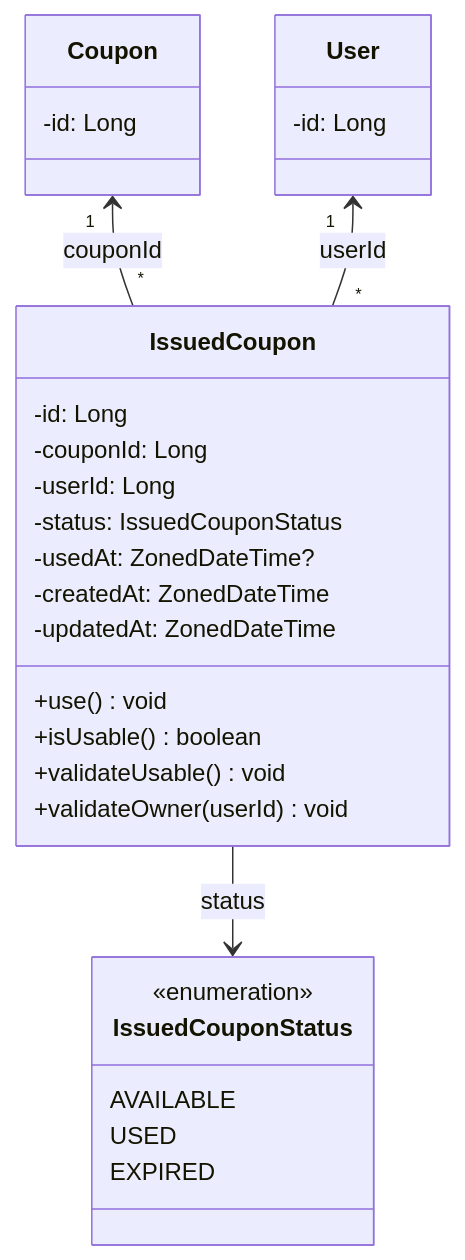
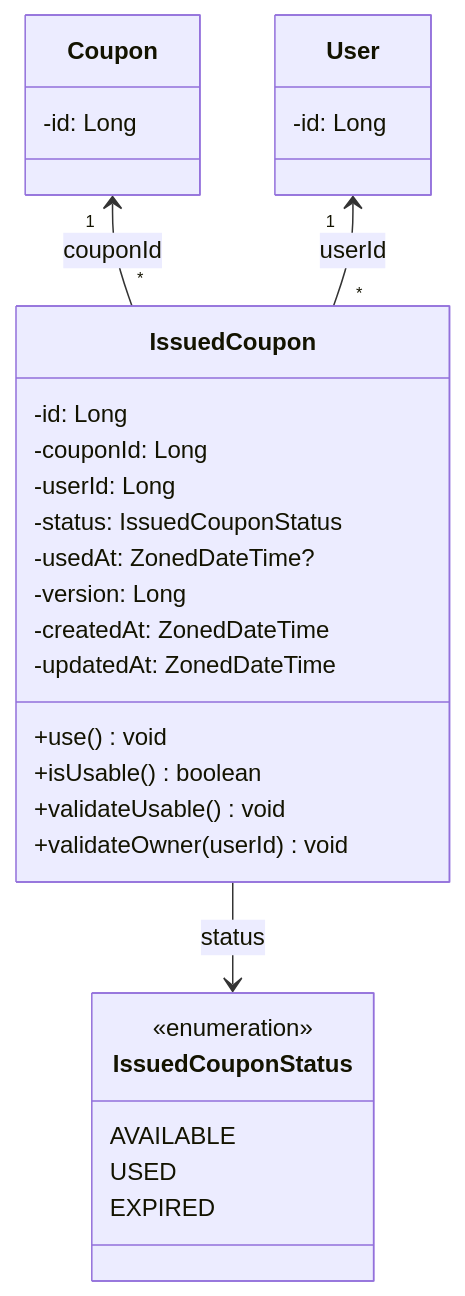
The eighth of 8 diagrams in docs/design/03-class-diagram.md (Loopers-dev-lab/loop-pack-be-l2-vol3-kotlin), drawn with Mermaid before and after one commit. The commit also changed 3 other files, not shown here.

````diff
--- a/docs/design/03-class-diagram.md
+++ b/docs/design/03-class-diagram.md
@@ -380,35 +380,36 @@
 ```mermaid
 classDiagram
     class IssuedCoupon {
         -id: Long
         -couponId: Long
         -userId: Long
         -status: IssuedCouponStatus
         -usedAt: ZonedDateTime?
+        -version: Long
         -createdAt: ZonedDateTime
         -updatedAt: ZonedDateTime
         +use() void
         +isUsable() boolean
         +validateUsable() void
         +validateOwner(userId) void
     }
 
     class IssuedCouponStatus {
         <<enumeration>>
         AVAILABLE
         USED
         EXPIRED
     }
 
     class Coupon {
         -id: Long
     }
 
     class User {
         -id: Long
     }
 
     IssuedCoupon --> IssuedCouponStatus : status
     Coupon "1" <-- "*" IssuedCoupon : couponId
     User "1" <-- "*" IssuedCoupon : userId
 ```
````
